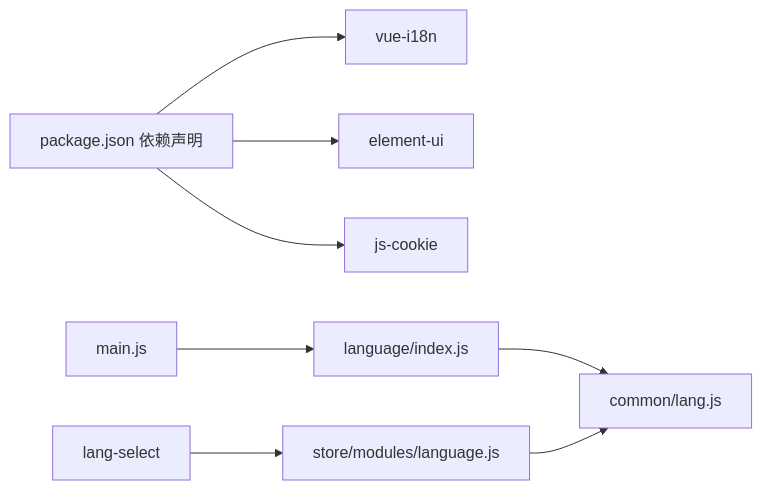
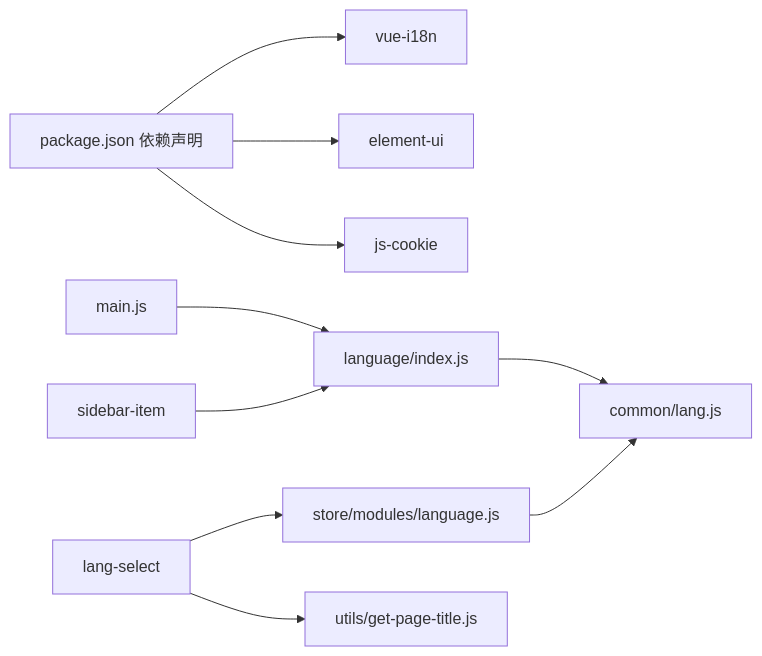
The sixth of 6 diagrams in .qoder/repowiki/zh/content/核心功能/系统设置/多语言国际化.md (Neveryu/vue-cms), drawn with Mermaid before and after one commit. The commit also changed other lines of this file and 11 other files, not shown here.

````diff
--- a/.qoder/repowiki/zh/content/核心功能/系统设置/多语言国际化.md
+++ b/.qoder/repowiki/zh/content/核心功能/系统设置/多语言国际化.md
@@ -252,10 +332,12 @@
 ```mermaid
 graph LR
 P["package.json 依赖声明"] --> VI["vue-i18n"]
 P --> EUI["element-ui"]
 P --> JC["js-cookie"]
 MAIN["main.js"] --> I18N["language/index.js"]
 I18N --> CL["common/lang.js"]
 LS["lang-select"] --> ST["store/modules/language.js"]
+LS --> PT["utils/get-page-title.js"]
 ST --> CL
+SI["sidebar-item"] --> I18N
 ```
````
